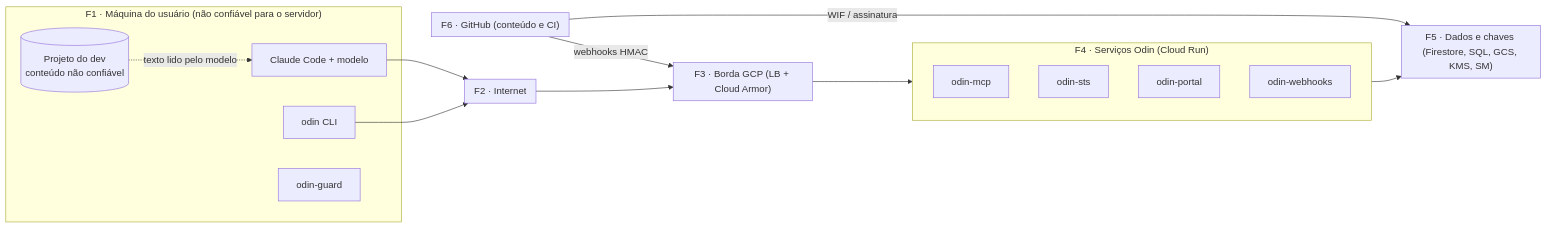
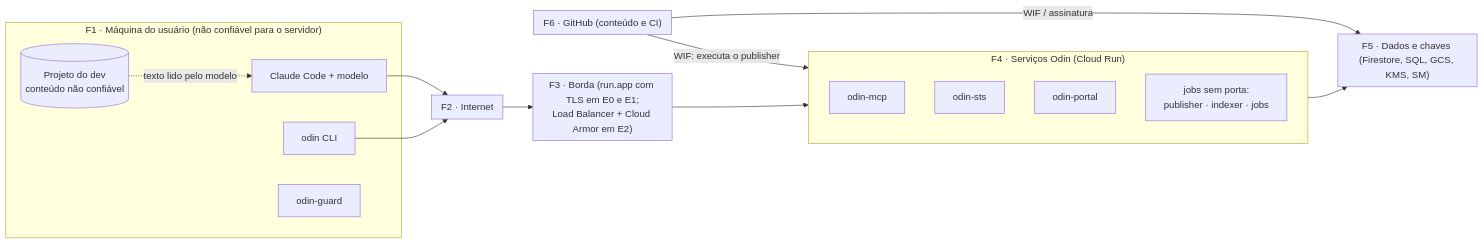
One commit to brunotrolo/Salesforce_Odin_MCP_Squad changed the diagram in docs/seguranca/01-modelo-de-ameacas.md. Above: the diagram before and after it, drawn with Mermaid. The commit also changed other lines of this file and 73 other files, not shown here.

First line of the commit message:
ADR 0018: arquitetura enxuta por estágios de custo, contratos em schema e governança

````diff
--- a/docs/seguranca/01-modelo-de-ameacas.md
+++ b/docs/seguranca/01-modelo-de-ameacas.md
@@ -33,27 +33,27 @@
 ```mermaid
 flowchart LR
   subgraph TB1["F1 · Máquina do usuário (não confiável para o servidor)"]
     CC[Claude Code + modelo]
     CLI[odin CLI]
     GRD[odin-guard]
     REPO[(Projeto do dev<br/>conteúdo não confiável)]
   end
   subgraph TB2["F2 · Internet"]
   end
-  subgraph TB3["F3 · Borda GCP (LB + Cloud Armor)"]
+  subgraph TB3["F3 · Borda (run.app com TLS em E0 e E1;<br/>Load Balancer + Cloud Armor em E2)"]
   end
   subgraph TB4["F4 · Serviços Odin (Cloud Run)"]
     MCP[odin-mcp]
     STS[odin-sts]
     POR[odin-portal]
-    WH[odin-webhooks]
+    JB[jobs sem porta:<br/>publisher · indexer · jobs]
   end
   subgraph TB5["F5 · Dados e chaves (Firestore, SQL, GCS, KMS, SM)"]
   end
   subgraph TB6["F6 · GitHub (conteúdo e CI)"]
   end
   REPO -. "texto lido pelo modelo" .-> CC
   CC & CLI --> TB2 --> TB3 --> TB4 --> TB5
   TB6 -- "WIF / assinatura" --> TB5
-  TB6 -- "webhooks HMAC" --> TB3
+  TB6 -- "WIF: executa o publisher" --> TB4
 ```
````
